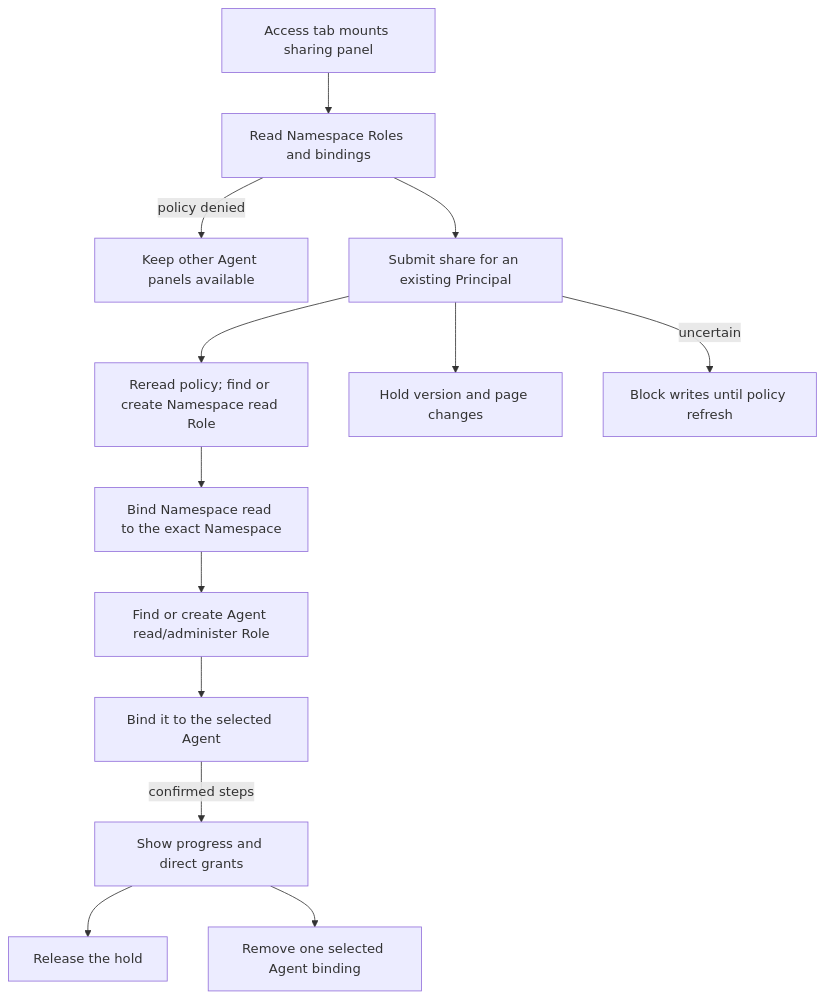
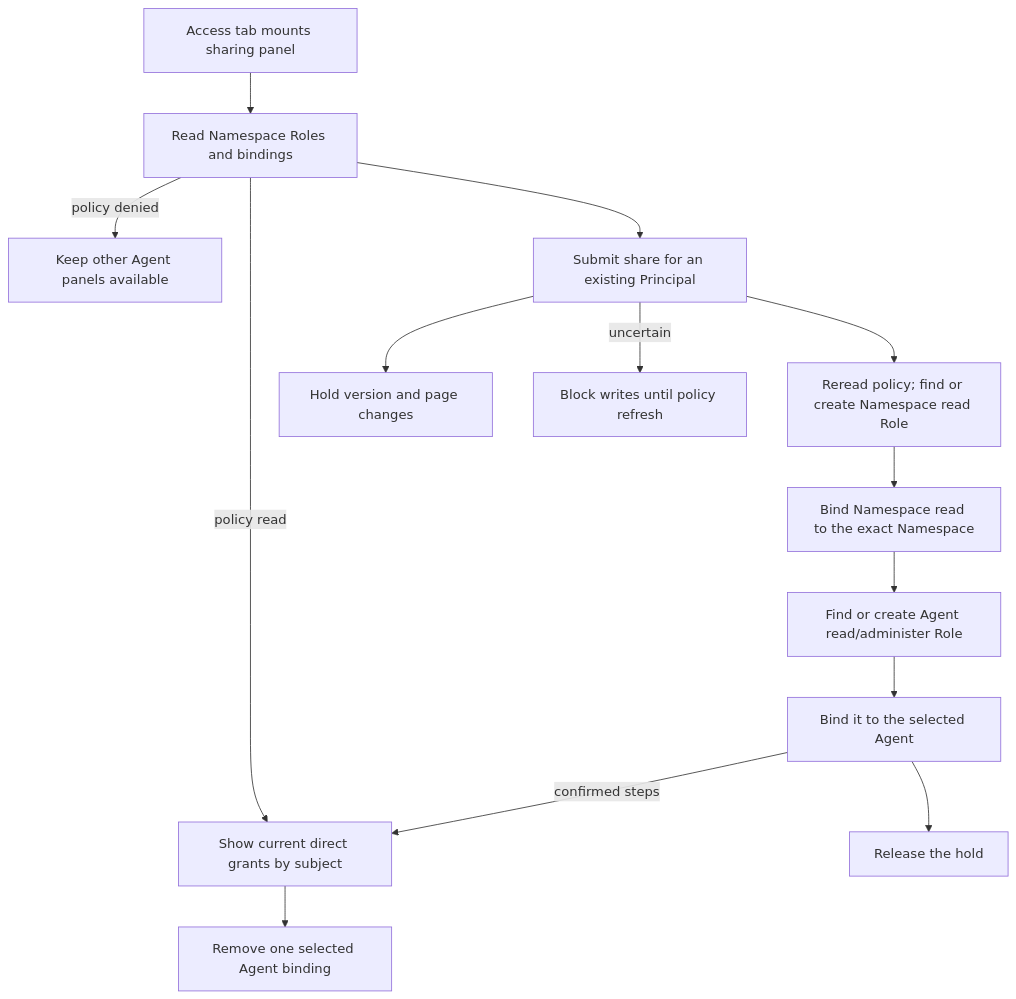
Before and after one commit to openclaw/openclaw-enterprise: the diagram in docs/flows/platform-console/agent-sharing.md, drawn with Mermaid. The commit also changed other lines of this file and 13 other files, not shown here.

Commit message:
Show direct Agent access grants by Principal

````diff
--- a/docs/flows/platform-console/agent-sharing.md
+++ b/docs/flows/platform-console/agent-sharing.md
@@ -29,15 +29,16 @@
 ```mermaid
 graph TD
   A["Access tab mounts sharing panel"] --> B["Read Namespace Roles and bindings"]
   B -->|policy denied| K["Keep other Agent panels available"]
+  B -->|policy read| H["Show current direct grants by subject"]
   B --> C["Submit share for an existing Principal"]
   C --> D["Reread policy; find or create Namespace read Role"]
   D --> E["Bind Namespace read to the exact Namespace"]
   E --> F["Find or create Agent read/administer Role"]
   F --> G["Bind it to the selected Agent"]
   C --> P["Hold version and page changes"]
-  G -->|confirmed steps| H["Show progress and direct grants"]
-  H --> U["Release the hold"]
+  G -->|confirmed steps| H
+  G --> U["Release the hold"]
   C -->|uncertain| Q["Block writes until policy refresh"]
   H --> R["Remove one selected Agent binding"]
 ```
````
